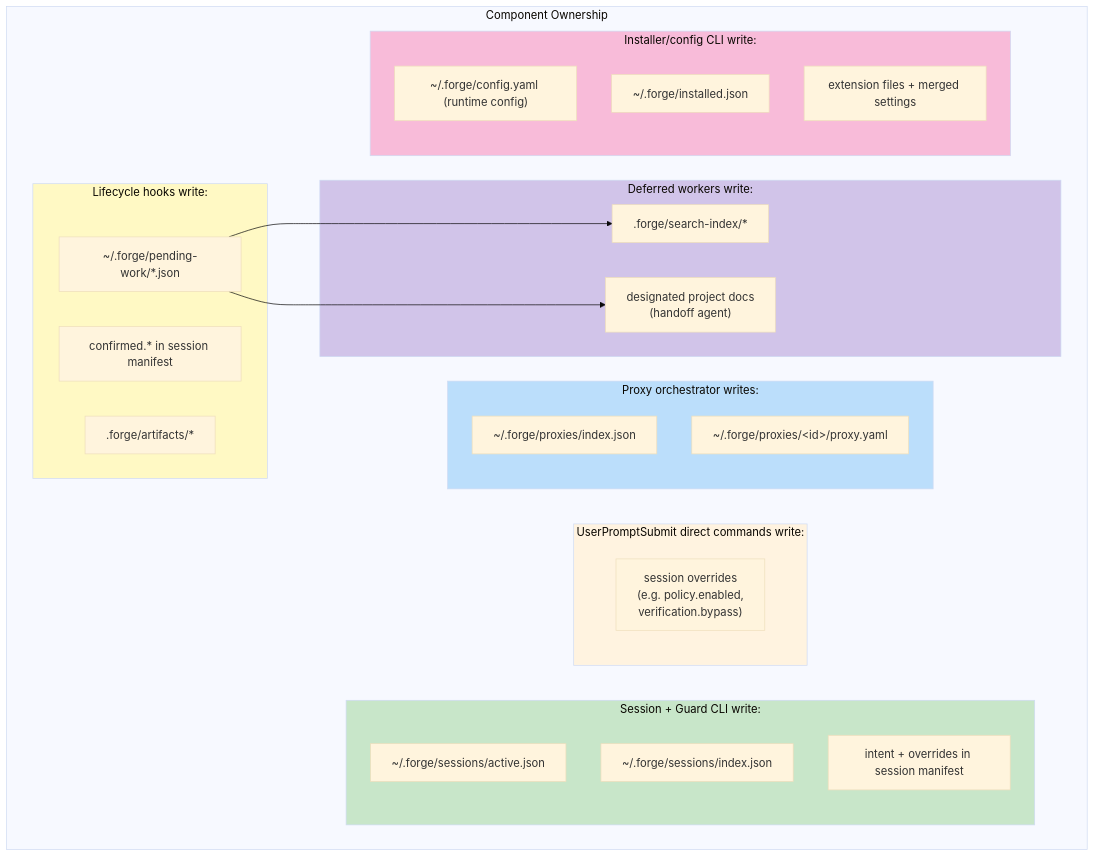
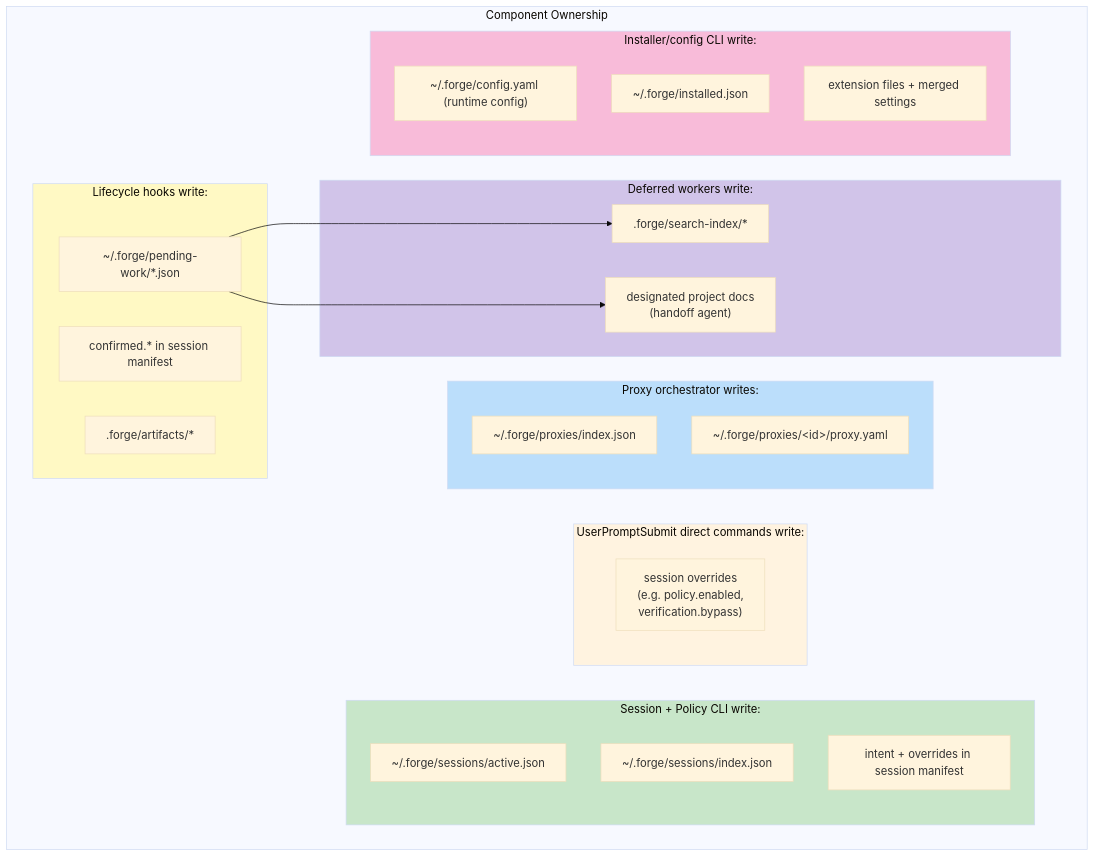
One commit to hapa1i/multi-forge changed the fourth of 10 diagrams in docs/diagrams.md. Above: the diagram before and after it, drawn with Mermaid (base theme). The commit also changed other lines of this file and 209 other files, not shown here.

````diff
--- a/docs/diagrams.md
+++ b/docs/diagrams.md
@@ -157,46 +157,46 @@
 ```mermaid
 flowchart TB
     subgraph Writers["Component Ownership"]
-        subgraph ForgeSession["Session + Guard CLI write:"]
+        subgraph ForgeSession["Session + Policy CLI write:"]
             W1["~/.forge/sessions/active.json"]
             W2["~/.forge/sessions/index.json"]
             W3["intent + overrides in session manifest"]
         end
 
         subgraph ForgeHooks["Lifecycle hooks write:"]
             W4["confirmed.* in session manifest"]
             W4b[".forge/artifacts/*"]
             W4c["~/.forge/pending-work/*.json"]
         end
 
         subgraph DirectHooks["UserPromptSubmit direct commands write:"]
             W5["session overrides<br/>(e.g. policy.enabled,<br/>verification.bypass)"]
         end
 
         subgraph Deferred["Deferred workers write:"]
             W6[".forge/search-index/*"]
             W6b["designated project docs<br/>(handoff agent)"]
         end
 
         subgraph ForgeProxy["Proxy orchestrator writes:"]
             W7["~/.forge/proxies/index.json"]
             W8["~/.forge/proxies/&lt;id&gt;/proxy.yaml"]
         end
 
         subgraph ForgeCLI["Installer/config CLI write:"]
             W9["~/.forge/config.yaml (runtime config)"]
             W10["~/.forge/installed.json"]
             W11["extension files + merged settings"]
         end
     end
 
     W4c --> W6
     W4c --> W6b
 
     style ForgeSession fill:#c8e6c9
     style ForgeHooks fill:#fff9c4
     style DirectHooks fill:#fff3e0
     style Deferred fill:#d1c4e9
     style ForgeProxy fill:#bbdefb
     style ForgeCLI fill:#f8bbd9
 ```
````
